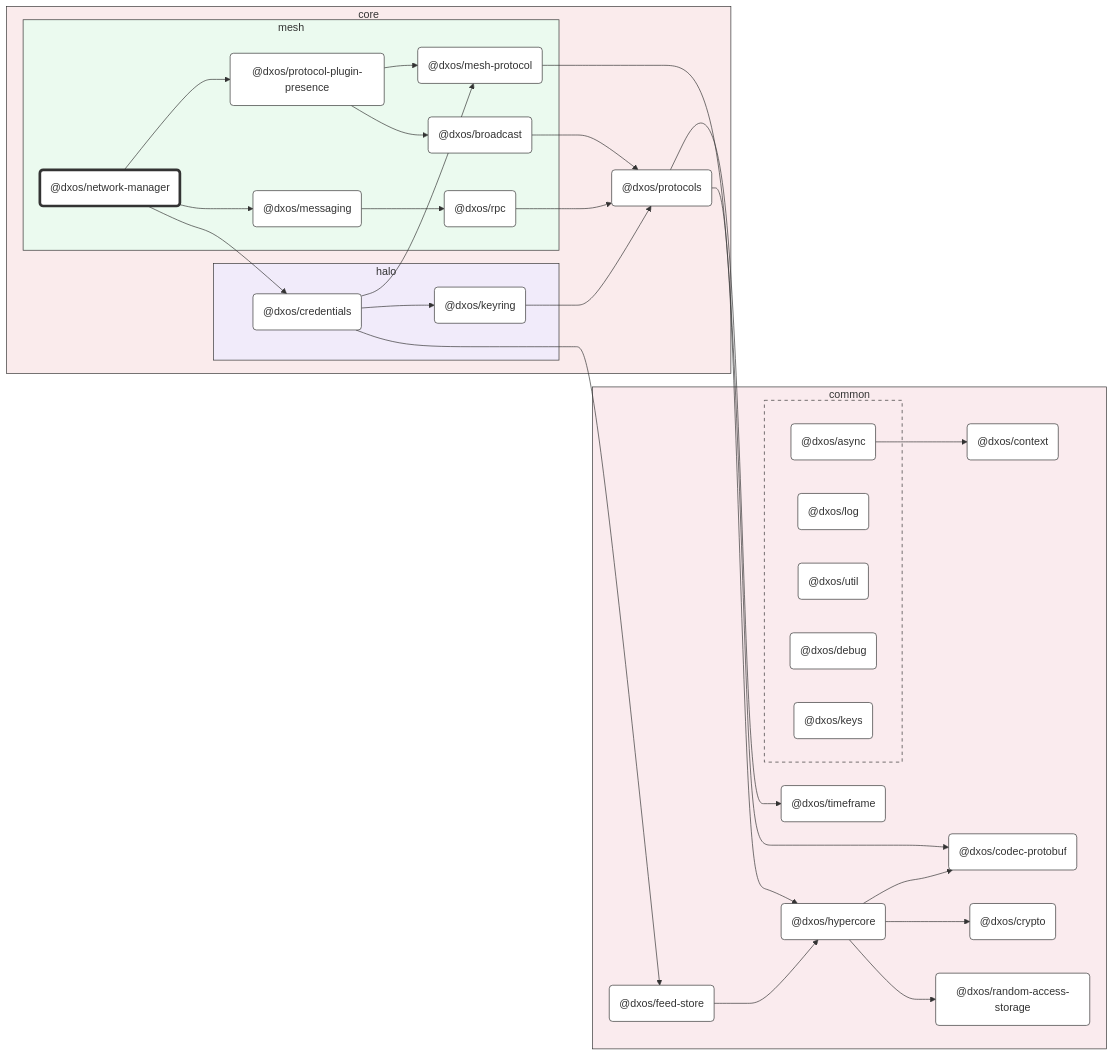
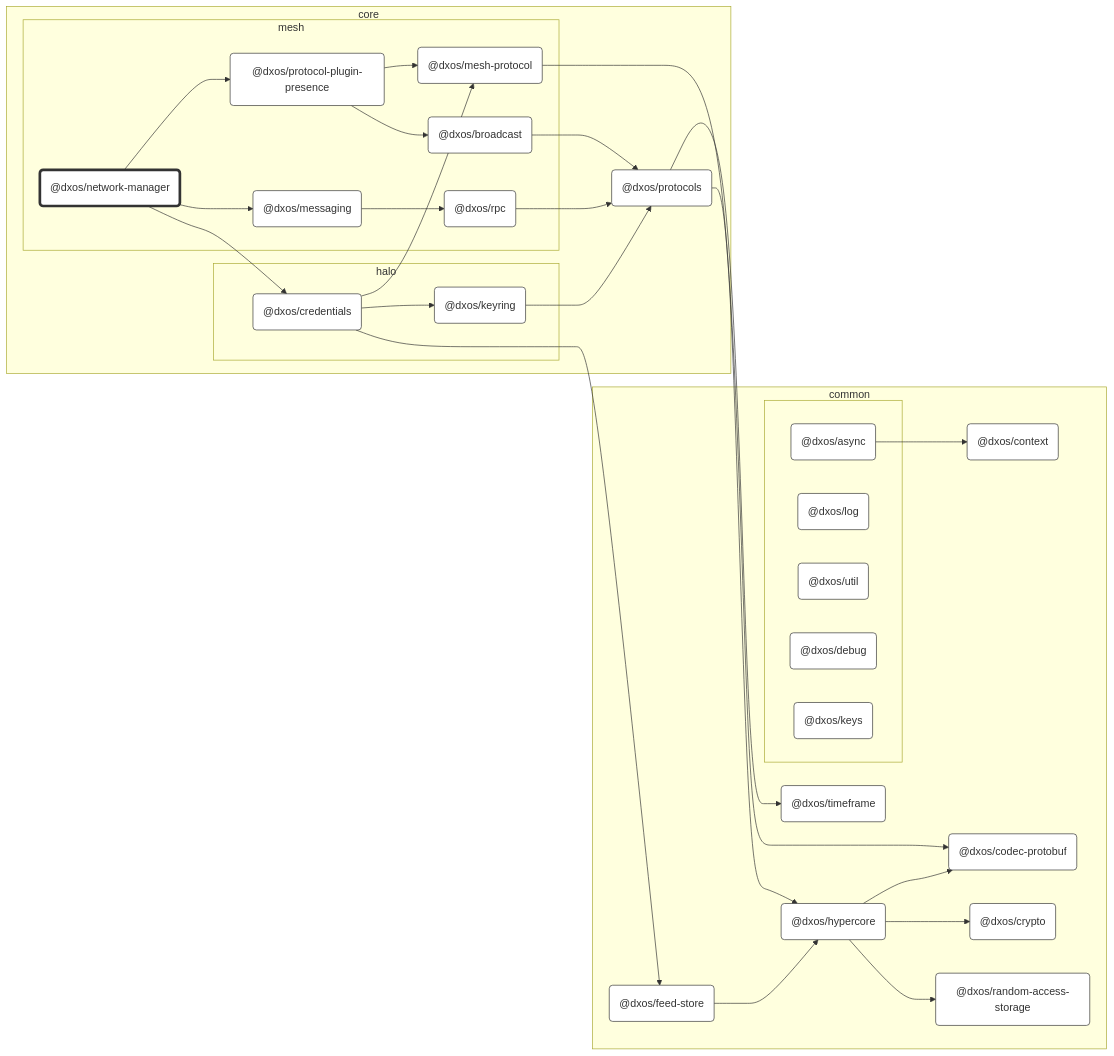
Before and after one commit to dxos/dxos: the diagram in packages/core/mesh/network-manager/docs/README.md, drawn with Mermaid. The commit also changed 80 other files, not shown here.

```diff
--- a/packages/core/mesh/network-manager/docs/README.md
+++ b/packages/core/mesh/network-manager/docs/README.md
@@ -16,12 +16,10 @@
 %% Nodes
 
 subgraph core [core]
-  style core fill:#faebec,stroke:#333
   dxos/protocols("@dxos/protocols"):::def
   click dxos/protocols "dxos/dxos/tree/main/packages/core/protocols/docs"
 
   subgraph mesh [mesh]
-    style mesh fill:#ebfaef,stroke:#333
     dxos/network-manager("@dxos/network-manager"):::root
     click dxos/network-manager "dxos/dxos/tree/main/packages/core/mesh/network-manager/docs"
     dxos/mesh-protocol("@dxos/mesh-protocol"):::def
@@ -37,7 +35,6 @@
   end
 
   subgraph halo [halo]
-    style halo fill:#f1ebfa,stroke:#333
     dxos/credentials("@dxos/credentials"):::def
     click dxos/credentials "dxos/dxos/tree/main/packages/core/halo/credentials/docs"
     dxos/keyring("@dxos/keyring"):::def
@@ -46,7 +43,6 @@
 end
 
 subgraph common [common]
-  style common fill:#faebee,stroke:#333
   dxos/context("@dxos/context"):::def
   click dxos/context "dxos/dxos/tree/main/packages/common/context/docs"
   dxos/codec-protobuf("@dxos/codec-protobuf"):::def
@@ -63,7 +59,6 @@
   click dxos/timeframe "dxos/dxos/tree/main/packages/common/timeframe/docs"
 
   subgraph _ [ ]
-    style _ fill:#faebee,stroke:#333,stroke-dasharray:5 5
     dxos/async("@dxos/async"):::def
     click dxos/async "dxos/dxos/tree/main/packages/common/async/docs"
     dxos/log("@dxos/log"):::def
```
